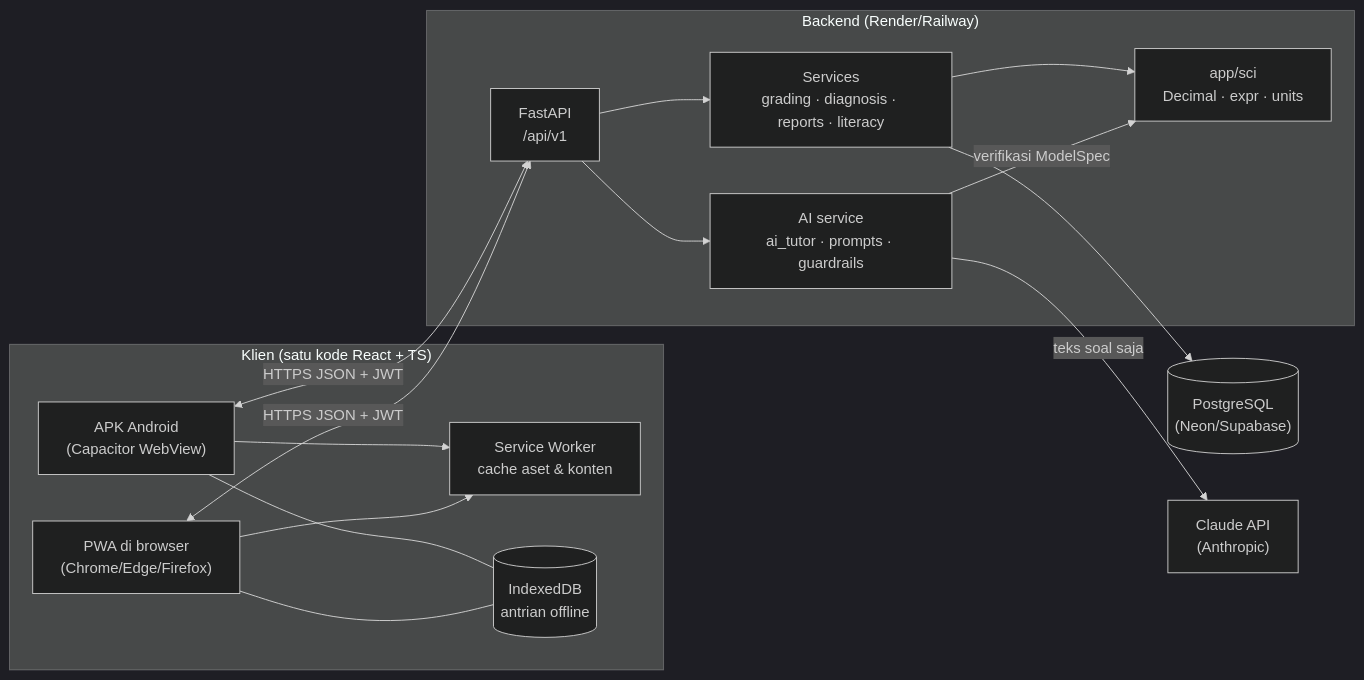
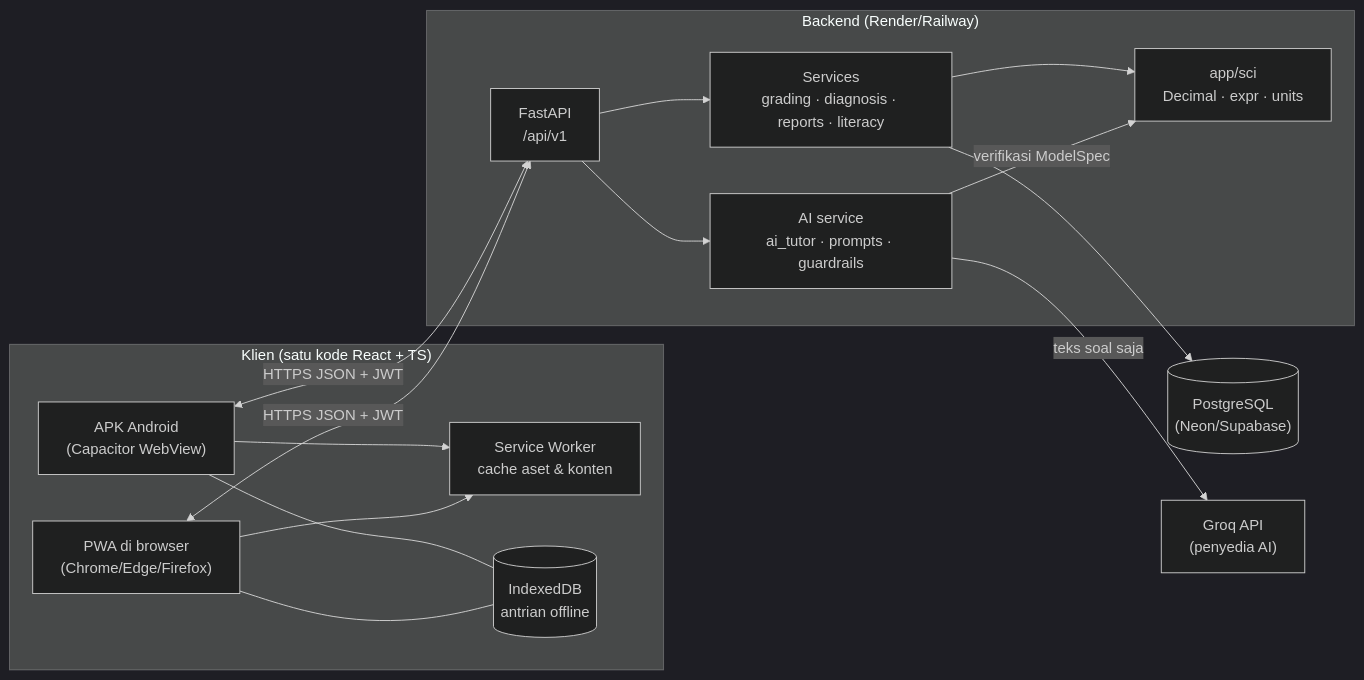
Before and after one commit to NaylaSolahiyah2225250045/2225250045_Nayla_Solahiyah: the first of 2 diagrams in docs/ARCHITECTURE.md, drawn with Mermaid (dark theme). The commit also changed other lines of this file and 147 other files, not shown here.

````diff
--- a/docs/ARCHITECTURE.md
+++ b/docs/ARCHITECTURE.md
@@ -5,32 +5,32 @@
 ```mermaid
 flowchart LR
     subgraph Client["Klien (satu kode React + TS)"]
         PWA["PWA di browser<br/>(Chrome/Edge/Firefox)"]
         APK["APK Android<br/>(Capacitor WebView)"]
         SW["Service Worker<br/>cache aset & konten"]
         IDB[("IndexedDB<br/>antrian offline")]
     end
 
     subgraph Server["Backend (Render/Railway)"]
         API["FastAPI<br/>/api/v1"]
         SVC["Services<br/>grading · diagnosis · reports · literacy"]
         SCI["app/sci<br/>Decimal · expr · units"]
         AIS["AI service<br/>ai_tutor · prompts · guardrails"]
     end
 
     DB[("PostgreSQL<br/>(Neon/Supabase)")]
-    CLAUDE["Claude API<br/>(Anthropic)"]
+    CLAUDE["Groq API<br/>(penyedia AI)"]
 
     API --> AIS
     AIS -->|teks soal saja| CLAUDE
     AIS -->|verifikasi ModelSpec| SCI
 
     PWA --> SW
     APK --> SW
     PWA <-->|HTTPS JSON + JWT| API
     APK <-->|HTTPS JSON + JWT| API
     PWA --- IDB
     APK --- IDB
     API --> SVC --> SCI
     SVC --> DB
 ```
````
